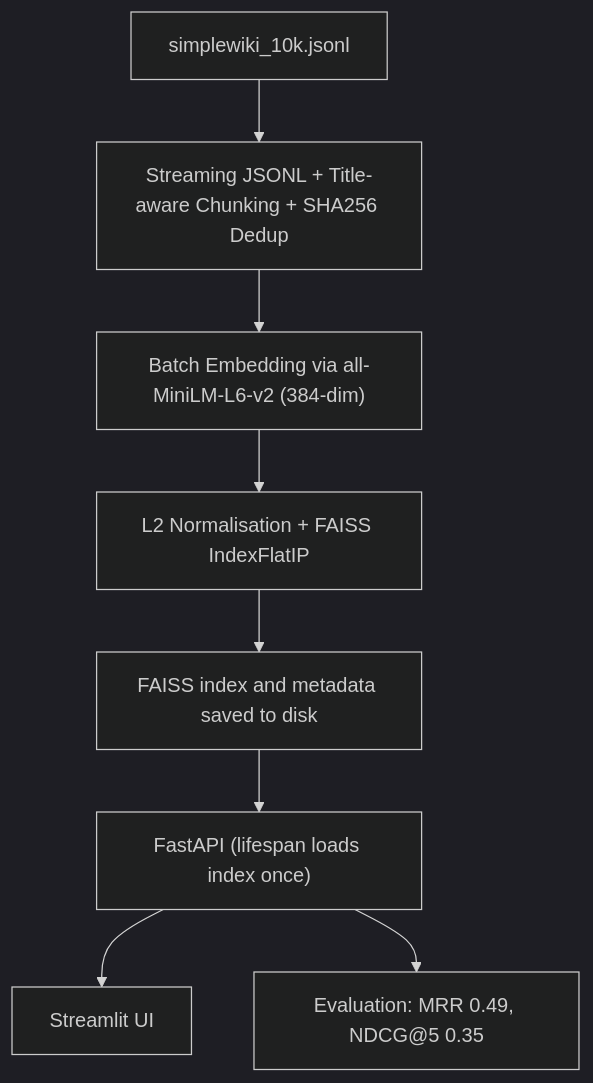
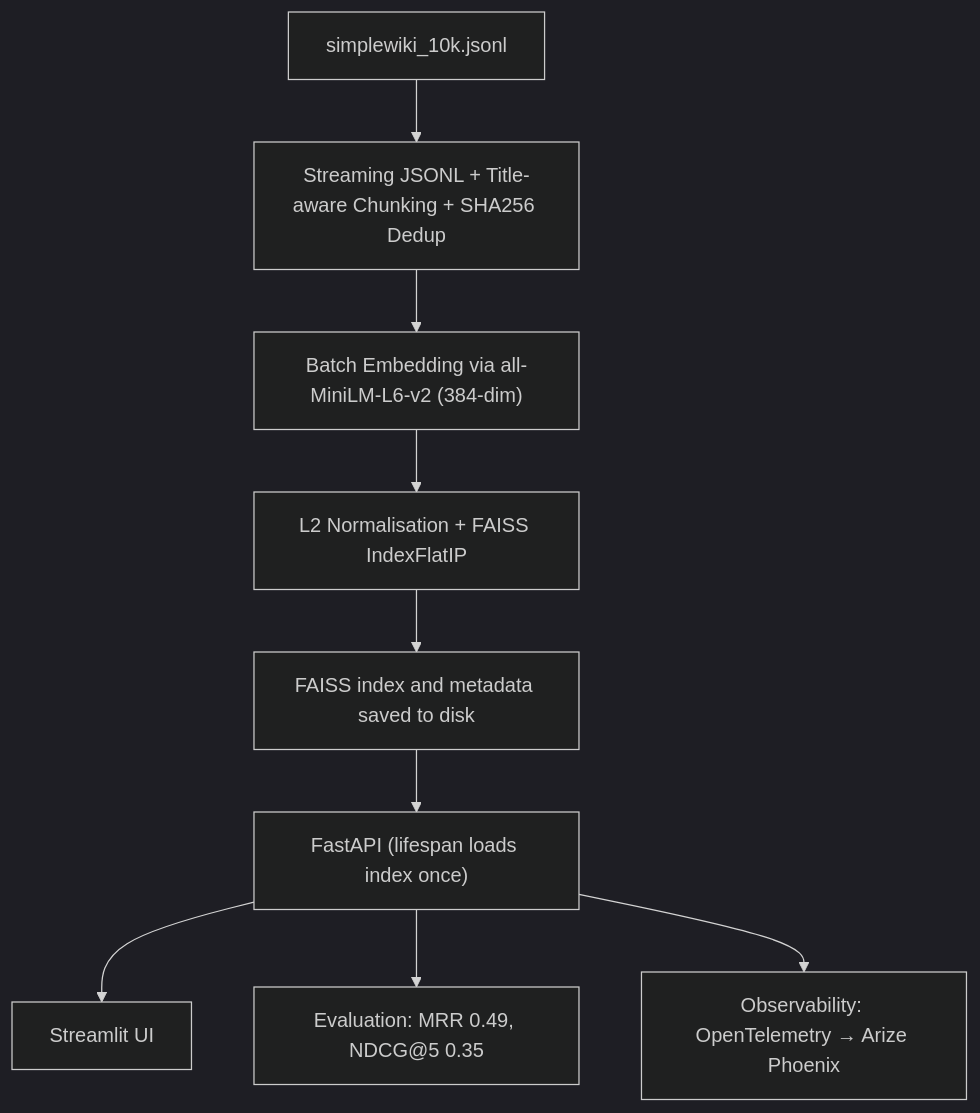
The diagram in README.md (DangXiMi/Semantic-Search-Engine), drawn with Mermaid (dark theme) before and after one commit. The commit also changed other lines of this file, not shown here.

Commit message:
Update README.md with Observability

````diff
--- a/README.md
+++ b/README.md
@@ -40,10 +40,11 @@
 ```mermaid
 flowchart TD
     A["simplewiki_10k.jsonl"] --> B["Streaming JSONL + Title-aware Chunking + SHA256 Dedup"]
     B --> C["Batch Embedding via all-MiniLM-L6-v2 (384-dim)"]
     C --> D["L2 Normalisation + FAISS IndexFlatIP"]
     D --> E["FAISS index and metadata saved to disk"]
     E --> F["FastAPI (lifespan loads index once)"]
     F --> G["Streamlit UI"]
     F --> H["Evaluation: MRR 0.49, NDCG@5 0.35"]
+    F --> I["Observability: OpenTelemetry → Arize Phoenix"]
 ```
````
